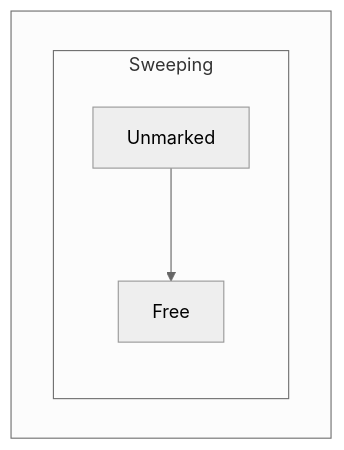
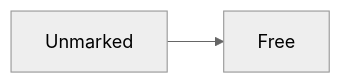
The second of 7 diagrams in talk-general.md (yminsky/the-saga-of-runtime5), drawn with Mermaid (neutral theme) before and after one commit. The commit also changed other lines of this file and 7 other files, not shown here.

Commit message:
Added heap-marking diagram

````diff
--- a/talk-general.md
+++ b/talk-general.md
@@ -95,9 +85,4 @@
 ```mermaid +render
-graph TB
-    subgraph " "
-        direction LR
-        subgraph "Sweeping"
-            Unmarked2[Unmarked] --> Free
-        end
-    end
+graph LR
+Unmarked --> Free
 ```
````
